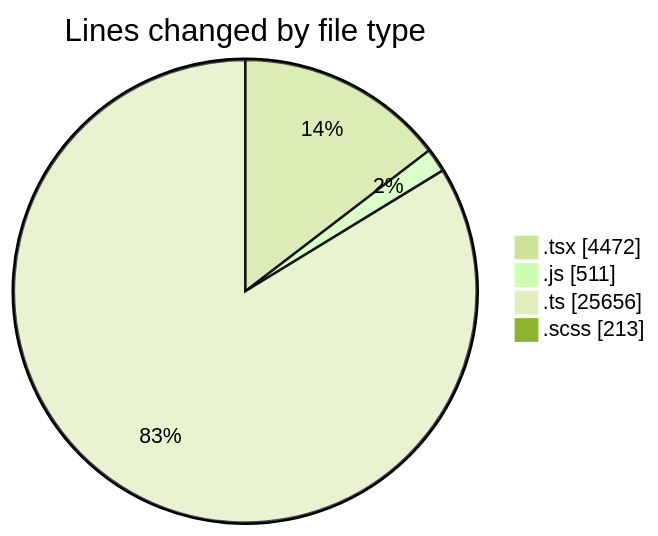
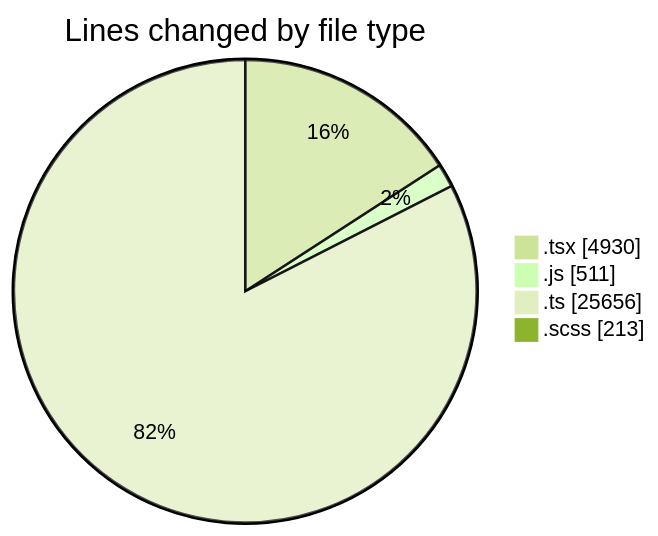
One commit to momahboobian/code-tracking changed the first of 2 diagrams in 2025-06-30/cda/README.md. Above: the diagram before and after it, drawn with Mermaid (forest theme). The commit also changed other lines of this file and 1 other file, not shown here.

````diff
--- a/2025-06-30/cda/README.md
+++ b/2025-06-30/cda/README.md
@@ -43,8 +43,8 @@
 ```mermaid
 pie showData
 title Lines changed by file type
-".tsx" : 4472
+".tsx" : 4930
 ".js" : 511
 ".ts" : 25656
 ".scss" : 213
 ```
````
